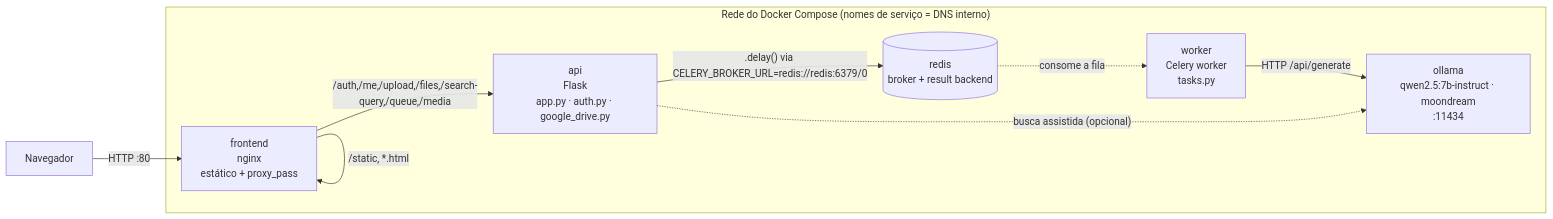
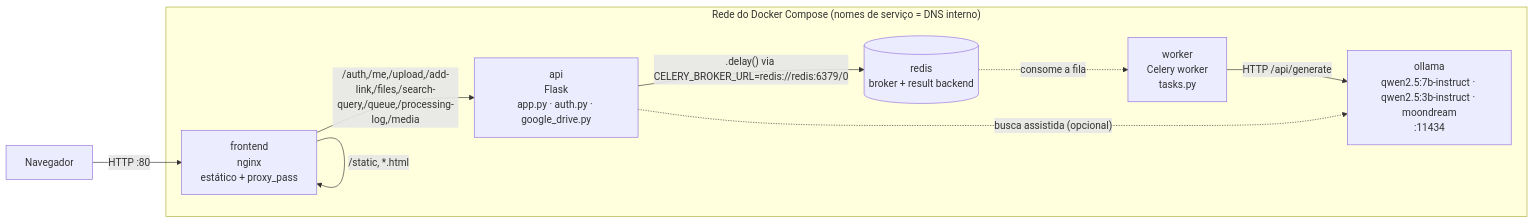
Before and after one commit to MuriloAleixo/siteBuscaAgil: the diagram in ARQUITETURA.md, drawn with Mermaid. The commit also changed other lines of this file and 33 other files, not shown here.

````diff
--- a/ARQUITETURA.md
+++ b/ARQUITETURA.md
@@ -67,19 +72,19 @@
 ```mermaid
 flowchart LR
     Browser["Navegador"] -->|"HTTP :80"| Frontend
 
     subgraph Compose["Rede do Docker Compose (nomes de serviço = DNS interno)"]
         Frontend["frontend\nnginx\nestático + proxy_pass"]
         Api["api\nFlask\napp.py · auth.py · google_drive.py"]
         Worker["worker\nCelery worker\ntasks.py"]
         Redis[("redis\nbroker + result backend")]
-        Ollama["ollama\nqwen2.5:7b-instruct · moondream\n:11434"]
+        Ollama["ollama\nqwen2.5:7b-instruct · qwen2.5:3b-instruct · moondream\n:11434"]
 
-        Frontend -->|"/auth,/me,/upload,/files,/search-query,/queue,/media"| Api
+        Frontend -->|"/auth,/me,/upload,/add-link,/files,/search-query,/queue,/processing-log,/media"| Api
         Frontend -->|"/static, *.html"| Frontend
         Api -->|".delay() via CELERY_BROKER_URL=redis://redis:6379/0"| Redis
         Redis -.->|"consome a fila"| Worker
         Worker -->|"HTTP /api/generate"| Ollama
         Api -.->|"busca assistida (opcional)"| Ollama
     end
 ```
````
